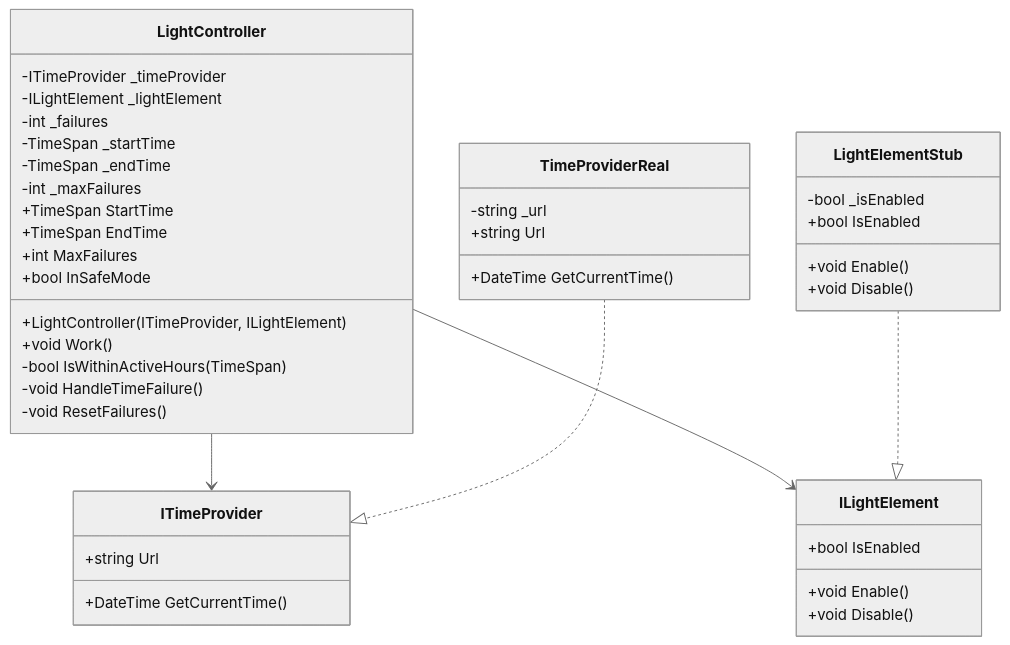
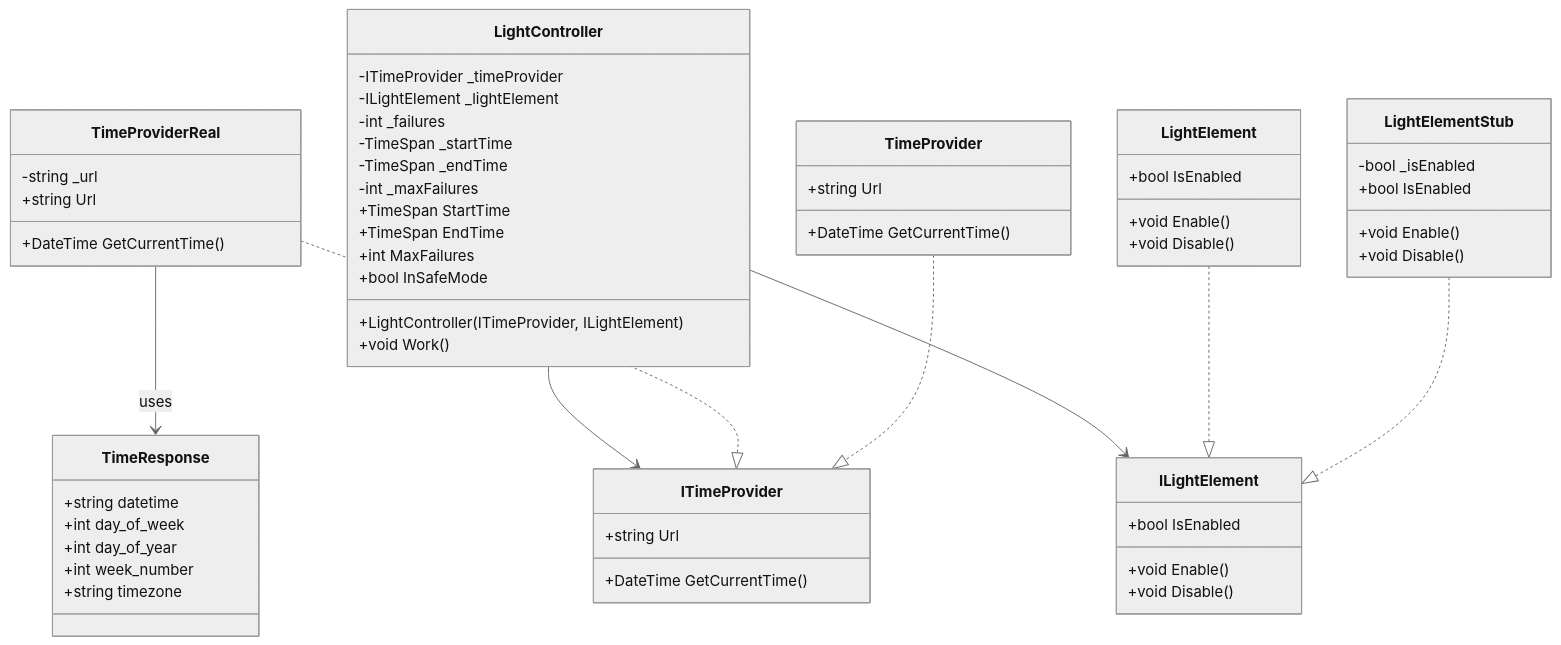
One commit to DenGian/smart-light-controller changed the diagram in README.md. Above: the diagram before and after it, drawn with Mermaid (neutral theme).

````diff
--- a/README.md
+++ b/README.md
@@ -78,49 +78,68 @@
 ```mermaid
 classDiagram
     class ITimeProvider {
         +string Url
         +DateTime GetCurrentTime()
     }
 
     class ILightElement {
         +bool IsEnabled
         +void Enable()
         +void Disable()
     }
 
     class LightController {
         -ITimeProvider _timeProvider
         -ILightElement _lightElement
         -int _failures
         -TimeSpan _startTime
         -TimeSpan _endTime  
         -int _maxFailures
         +TimeSpan StartTime
         +TimeSpan EndTime
         +int MaxFailures
         +bool InSafeMode
         +LightController(ITimeProvider, ILightElement)
         +void Work()
-        -bool IsWithinActiveHours(TimeSpan)
-        -void HandleTimeFailure()
-        -void ResetFailures()
     }
 
     class TimeProviderReal {
         -string _url
         +string Url
         +DateTime GetCurrentTime()
+    }
+
+    class TimeProvider {
+        +string Url
+        +DateTime GetCurrentTime()
+    }
+
+    class LightElement {
+        +bool IsEnabled
+        +void Enable()
+        +void Disable()
     }
 
     class LightElementStub {
         -bool _isEnabled
         +bool IsEnabled
         +void Enable()
         +void Disable()
     }
 
+    class TimeResponse {
+        +string datetime
+        +int day_of_week
+        +int day_of_year
+        +int week_number
+        +string timezone
+    }
+
     LightController --> ITimeProvider
     LightController --> ILightElement
     TimeProviderReal ..|> ITimeProvider
+    TimeProvider ..|> ITimeProvider
+    LightElement ..|> ILightElement 
     LightElementStub ..|> ILightElement
+    TimeProviderReal --> TimeResponse : uses
 ```
````
